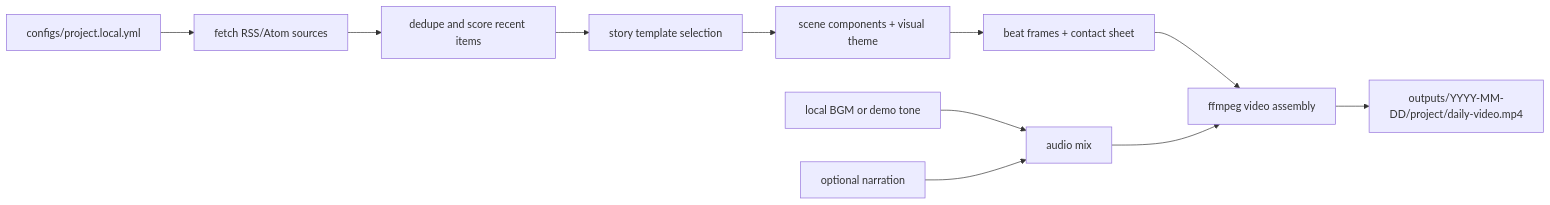
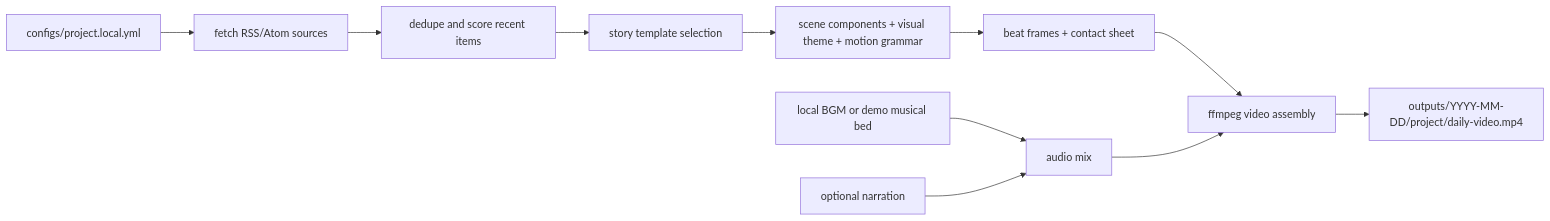
The diagram in docs/architecture.md (ltrr-yx/daily-video-pipeline), drawn with Mermaid before and after one commit. The commit also changed 24 other files, not shown here.

````diff
--- a/docs/architecture.md
+++ b/docs/architecture.md
@@ -5,13 +5,13 @@
 ```mermaid
 flowchart LR
   A["configs/project.local.yml"] --> B["fetch RSS/Atom sources"]
   B --> C["dedupe and score recent items"]
   C --> D["story template selection"]
-  D --> E["scene components + visual theme"]
+  D --> E["scene components + visual theme + motion grammar"]
   E --> F["beat frames + contact sheet"]
-  G["local BGM or demo tone"] --> H["audio mix"]
+  G["local BGM or demo musical bed"] --> H["audio mix"]
   I["optional narration"] --> H
   F --> J["ffmpeg video assembly"]
   H --> J
   J --> K["outputs/YYYY-MM-DD/project/daily-video.mp4"]
 ```
````
